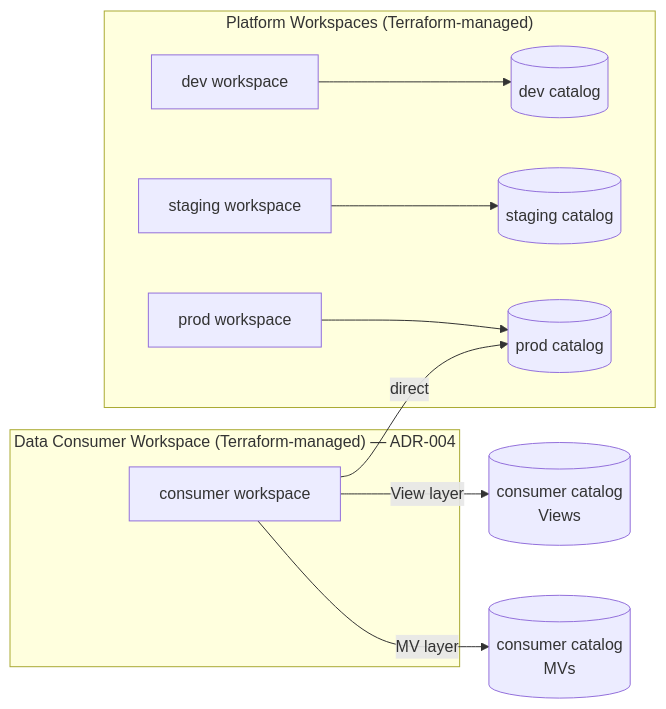
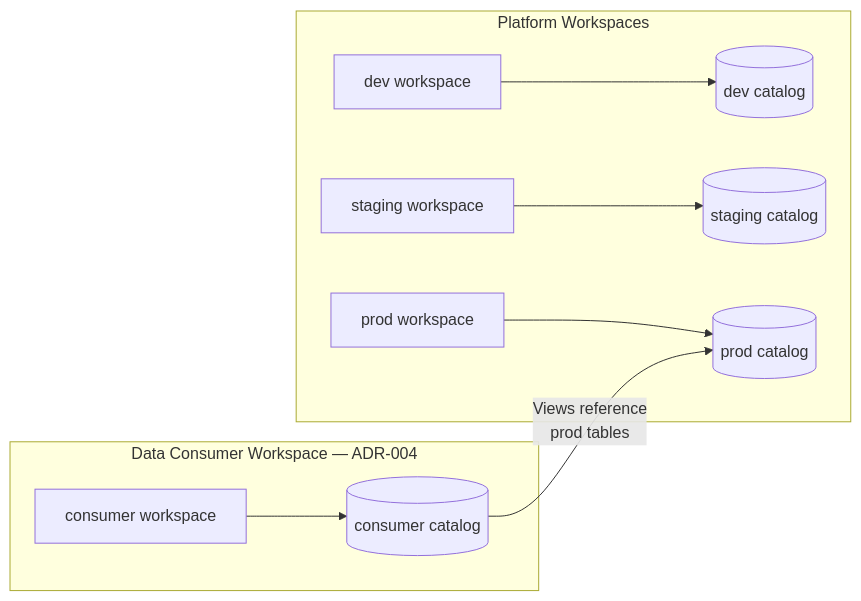
The first of 4 diagrams in README.md (nobhri/azure-dbx-mock-platform), drawn with Mermaid before and after one commit.

Commit message:
docs(readme): fix workspace/catalog diagram per ADR-004
- Remove "(Terraform-managed)" from workspace subgraph labels —
  catalogs are managed via Jinja2/SQL, not Terraform
- Remove incorrect View/MV nodes directly connected to consumer workspace
- Correct data flow: consumer workspace → consumer catalog,
  consumer catalog Views reference prod catalog tables (ADR-004)

````diff
--- a/README.md
+++ b/README.md
@@ -27,16 +27,14 @@
 ```mermaid
 flowchart LR
-    subgraph Platform["Platform Workspaces (Terraform-managed)"]
+    subgraph Platform["Platform Workspaces"]
         WD[dev workspace]     --> CD[(dev catalog)]
         WS[staging workspace] --> CS[(staging catalog)]
         WP[prod workspace]    --> CP[(prod catalog)]
     end
 
-    subgraph Consumer["Data Consumer Workspace (Terraform-managed) — ADR-004"]
-        WC[consumer workspace]
+    subgraph Consumer["Data Consumer Workspace — ADR-004"]
+        WC[consumer workspace] --> CC[(consumer catalog)]
     end
 
-    WC -->|direct| CP
-    WC -->|View layer| CC[("consumer catalog<br>Views")]
-    WC -->|MV layer| MC[("consumer catalog<br>MVs")]
+    CC -->|"Views reference<br>prod tables"| CP
 ```
````
